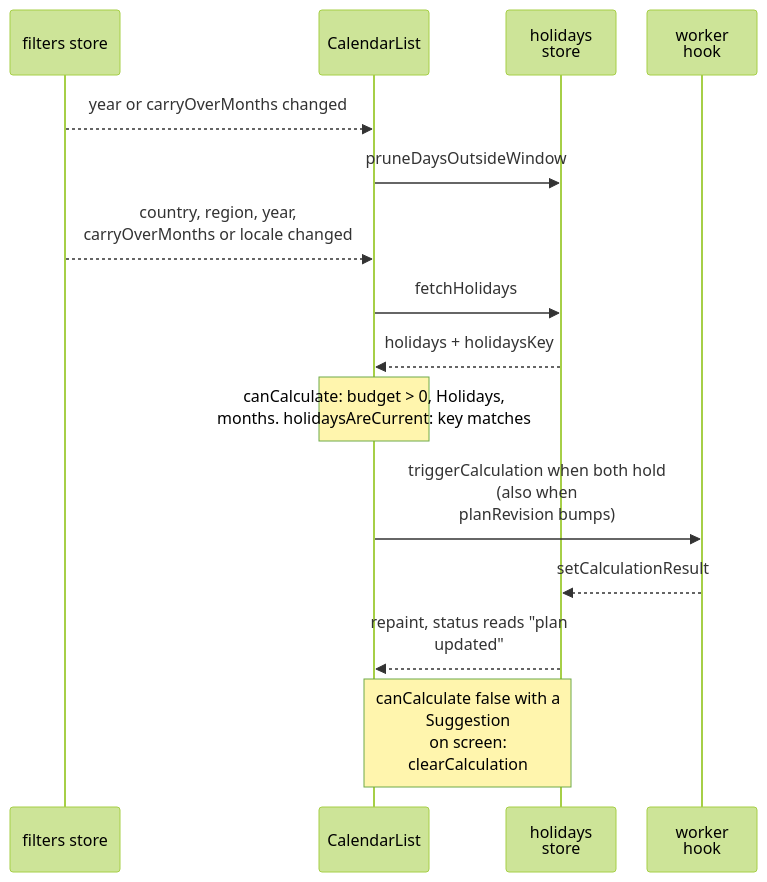
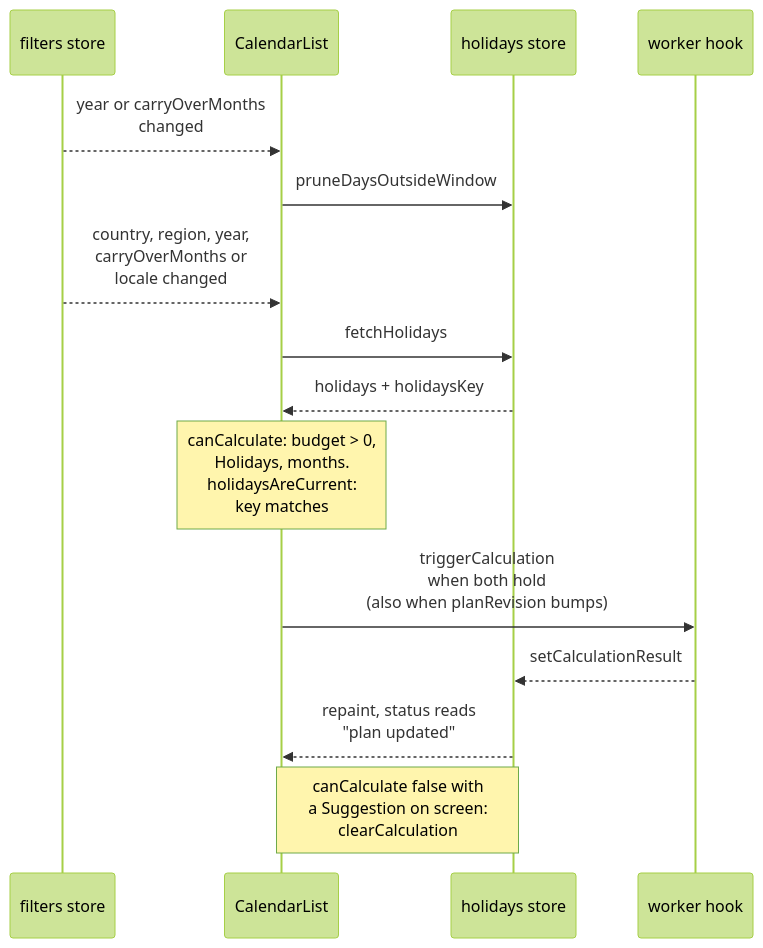
The second of 2 diagrams in apps/docs/src/content/docs/how-it-works/planner-ui.mdx (fbuireu/forever-pto), drawn with Mermaid (forest theme) before and after one commit. The commit also changed other lines of this file and 26 other files, not shown here.

First line of the commit message:
docs(diagrams): fix split words, overlaps and oversized Mermaid diagrams

````diff
--- a/apps/docs/src/content/docs/how-it-works/planner-ui.mdx
+++ b/apps/docs/src/content/docs/how-it-works/planner-ui.mdx
@@ -62,26 +64,26 @@
 ```mermaid
 ---
 config:
   look: handDrawn
   layout: dagre
   sequence:
-    wrap: true
-    width: 110
-    actorMargin: 20
+    wrap: false
+    width: 80
+    actorMargin: 10
 ---
 sequenceDiagram
   participant F as filters store
   participant CL as CalendarList
   participant H as holidays store
   participant W as worker hook
-  F-->>CL: year or carryOverMonths changed
+  F-->>CL: year or carryOverMonths<br/>changed
   CL->>H: pruneDaysOutsideWindow
-  F-->>CL: country, region, year,<br/>carryOverMonths or locale changed
+  F-->>CL: country, region, year,<br/>carryOverMonths or<br/>locale changed
   CL->>H: fetchHolidays
   H-->>CL: holidays + holidaysKey
-  Note over CL: canCalculate: budget > 0, Holidays,<br/>months. holidaysAreCurrent: key matches
-  CL->>W: triggerCalculation when both hold<br/>(also when planRevision bumps)
+  Note over CL: canCalculate: budget > 0,<br/>Holidays, months.<br/>holidaysAreCurrent:<br/>key matches
+  CL->>W: triggerCalculation<br/>when both hold<br/>(also when planRevision bumps)
   W-->>H: setCalculationResult
-  H-->>CL: repaint, status reads "plan updated"
-  Note over CL,H: canCalculate false with a Suggestion<br/>on screen: clearCalculation
+  H-->>CL: repaint, status reads<br/>"plan updated"
+  Note over CL,H: canCalculate false with<br/>a Suggestion on screen:<br/>clearCalculation
 ```
````
